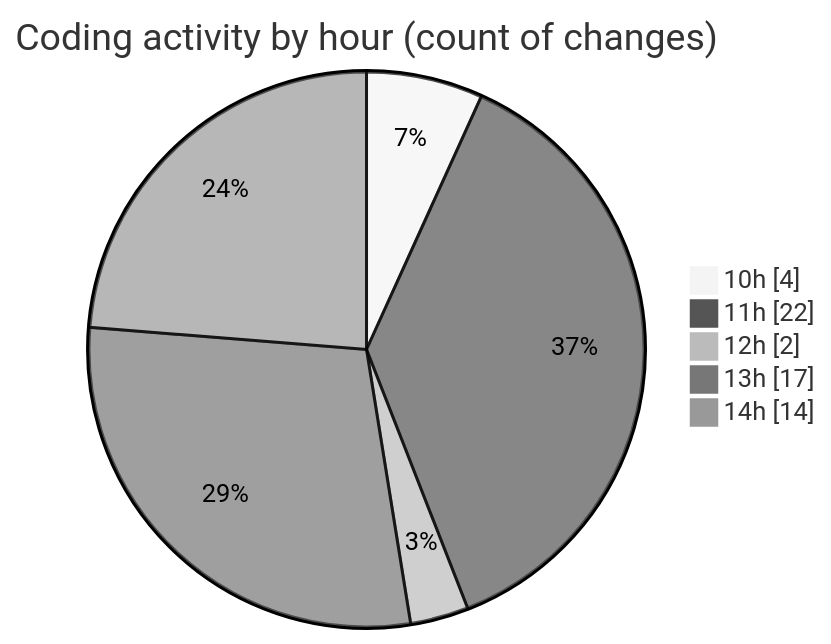
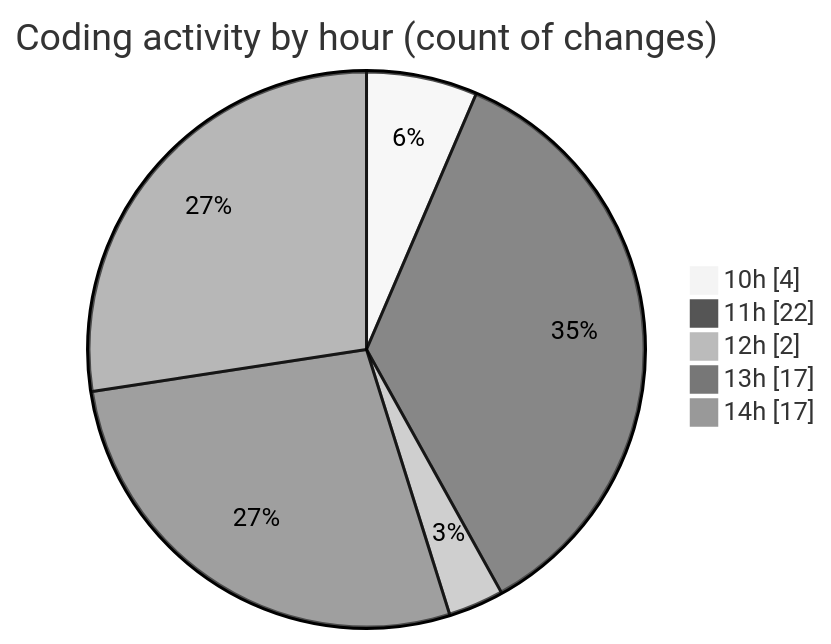
Before and after one commit to nxtqubesakshisongat/code-tracking: the second of 2 diagrams in 2025-09-15/nxtqube_webapp/README.md, drawn with Mermaid (neutral theme). The commit also changed other lines of this file and 1 other file, not shown here.

````diff
--- a/2025-09-15/nxtqube_webapp/README.md
+++ b/2025-09-15/nxtqube_webapp/README.md
@@ -31,9 +31,9 @@
 ```mermaid
 pie showData
 title Coding activity by hour (count of changes)
 "10h" : 4
 "11h" : 22
 "12h" : 2
 "13h" : 17
-"14h" : 14
+"14h" : 17
 ```
````
